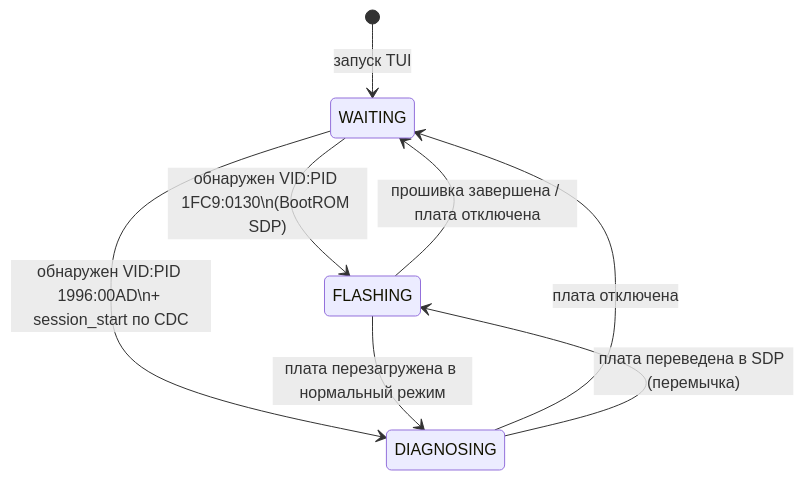
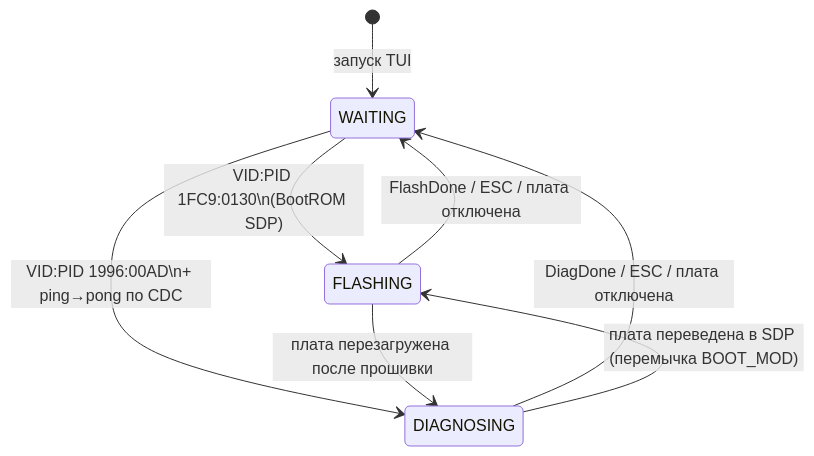
One commit to OSabuser/tft_manufacture_test changed the second of 6 diagrams in tools/production/README.md. Above: the diagram before and after it, drawn with Mermaid. The commit also changed other lines of this file and 24 other files, not shown here.

````diff
--- a/tools/production/README.md
+++ b/tools/production/README.md
@@ -45,13 +80,13 @@
 ```mermaid
 stateDiagram-v2
     [*] --> WAITING : запуск TUI
 
-    WAITING --> FLASHING   : обнаружен VID:PID 1FC9:0130\n(BootROM SDP)
-    WAITING --> DIAGNOSING : обнаружен VID:PID 1996:00AD\n+ session_start по CDC
+    WAITING --> FLASHING   : VID:PID 1FC9:0130\n(BootROM SDP)
+    WAITING --> DIAGNOSING : VID:PID 1996:00AD\n+ ping→pong по CDC
 
-    FLASHING --> WAITING   : прошивка завершена / плата отключена
-    FLASHING --> DIAGNOSING: плата перезагружена в нормальный режим
+    FLASHING --> WAITING   : FlashDone / ESC / плата отключена
+    FLASHING --> DIAGNOSING: плата перезагружена после прошивки
 
-    DIAGNOSING --> WAITING : плата отключена
-    DIAGNOSING --> FLASHING: плата переведена в SDP (перемычка)
+    DIAGNOSING --> WAITING : DiagDone / ESC / плата отключена
+    DIAGNOSING --> FLASHING: плата переведена в SDP (перемычка BOOT_MOD)
 ```
````
